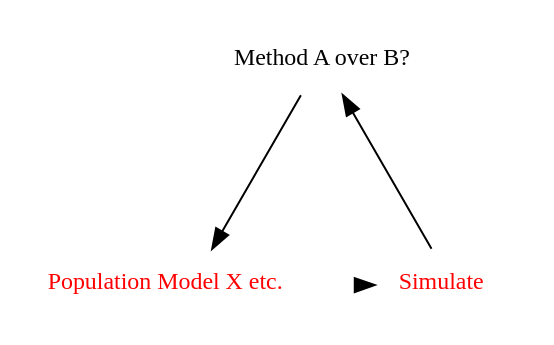
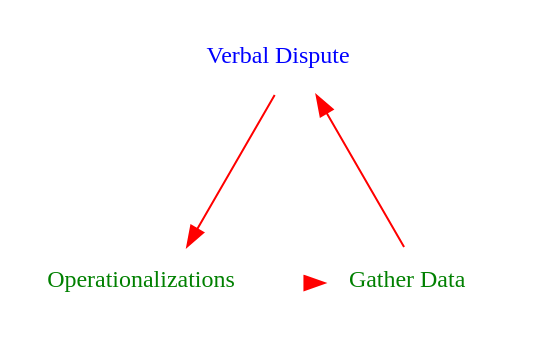
The fourth of 5 diagrams in VK/thesis/LIP_presentation.qmd (valentinkm/AdversarialSimulation), drawn with Graphviz before and after one commit. The commit also changed other lines of this file, not shown here.

````diff
--- a/VK/thesis/LIP_presentation.qmd
+++ b/VK/thesis/LIP_presentation.qmd
@@ -170,21 +268,21 @@
 ```{dot}
 digraph circular_process {
     // Use 'neato' layout for positioning
     layout=neato;
     overlap=false;
     splines=true;
 
     // Define global node attributes
     node [shape=plaintext, fontsize=12];
 
     // Define nodes with positions to form a circle
-    hypothesize [label="Method A over B?", pos="0,1!"];
-    operationalize [label=< <font color="red">Population Model X etc.</font> >, pos="-0.866,-0.5!"];
-    gather_data [label=< <font color="red">Simulate</font> >, pos="0.866,-0.5!"];
+    hypothesize [label=< <font color="blue">Verbal Dispute</font> >, pos="0,1!"];
+    operationalize [label=< <font color="green">Operationalizations</font> >, pos="-0.866,-0.5!", color="green"];
+    gather_data [label=< <font color="green">Gather Data</font> >, pos="0.866,-0.5!", color="green"];
 
     // Define edges to create a circular process
-    hypothesize -> operationalize;
-    operationalize -> gather_data;
-    gather_data -> hypothesize;
+    hypothesize -> operationalize [color="red"];
+    operationalize -> gather_data [color="red"];
+    gather_data -> hypothesize [color="red"];
 }
 ```
````
